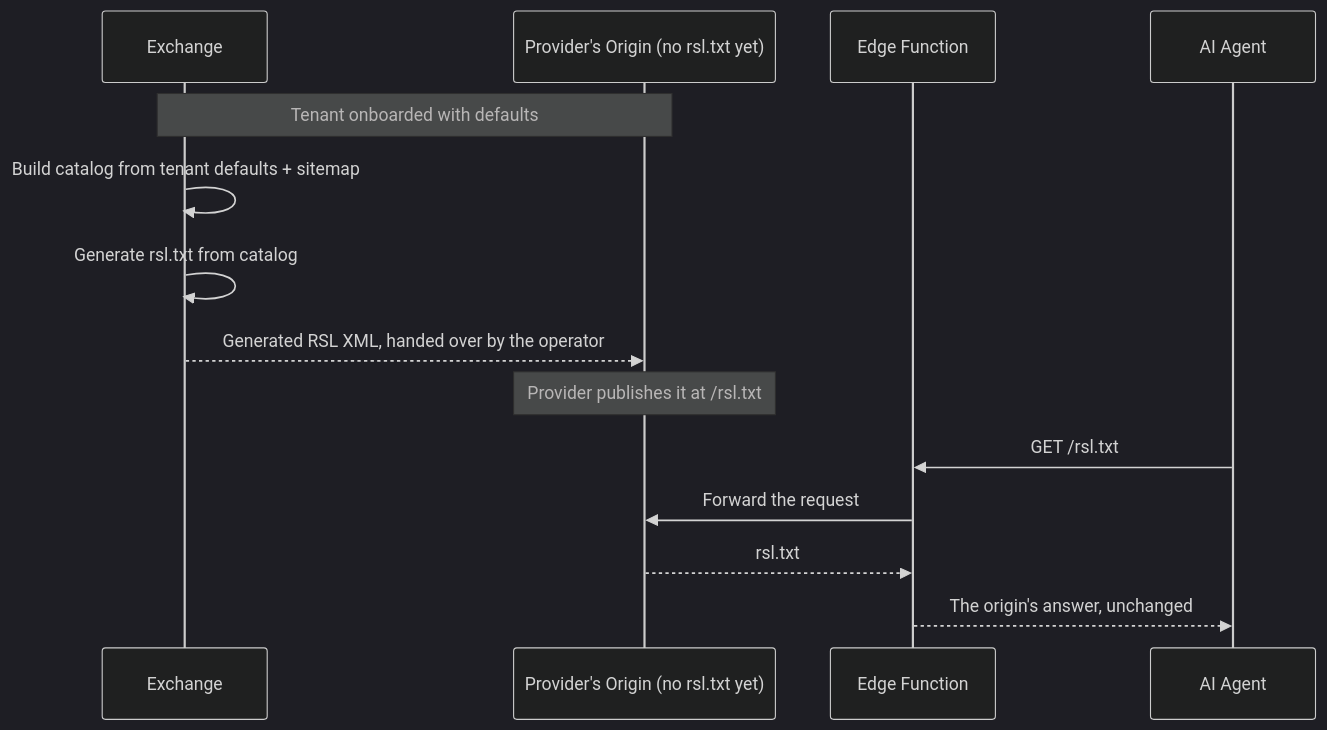
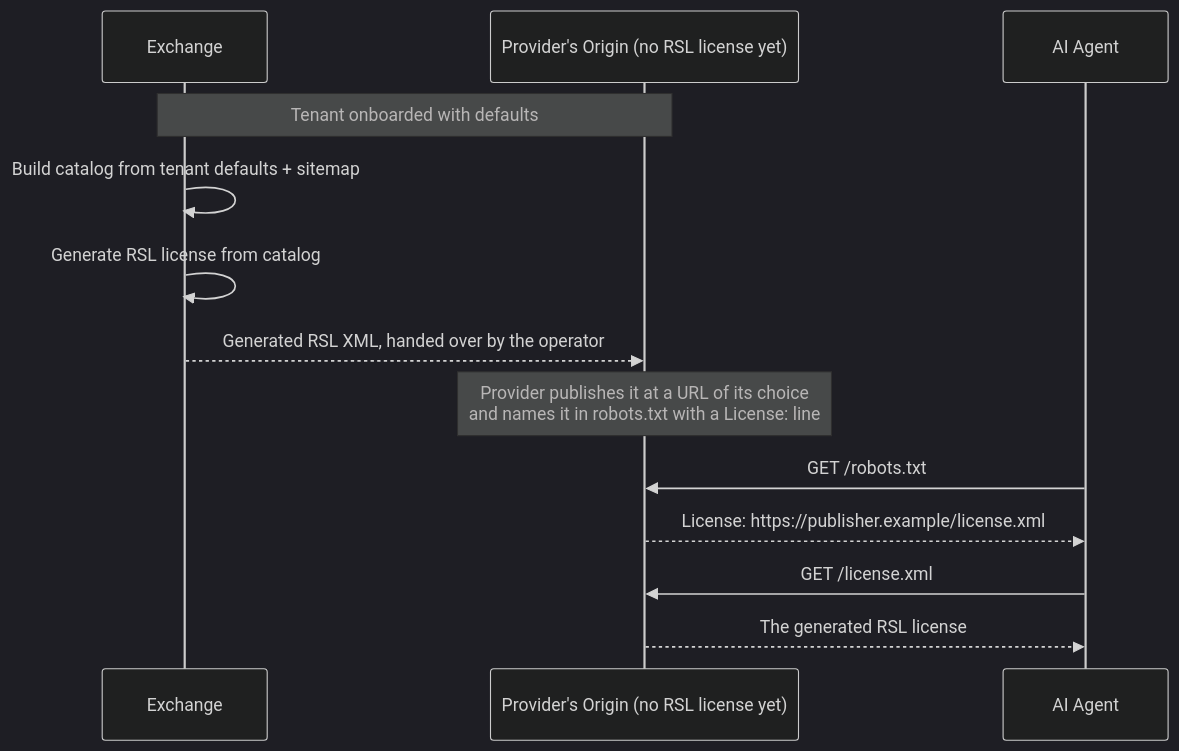
One commit to FORA-Protocol/protocol changed the first of 2 diagrams in website/src/content/docs/components/content-ingestion/rsl-generation.mdx. Above: the diagram before and after it, drawn with Mermaid (dark theme). The commit also changed other lines of this file and 9 other files, not shown here.

Commit message:
Name the RSL license, not a fixed file, on the architecture and component pages

````diff
--- a/website/src/content/docs/components/content-ingestion/rsl-generation.mdx
+++ b/website/src/content/docs/components/content-ingestion/rsl-generation.mdx
@@ -10,20 +10,19 @@
 ```mermaid
 sequenceDiagram
     participant MP as Exchange
-    participant PUB as Provider's Origin (no rsl.txt yet)
-    participant EDGE as Edge Function
+    participant PUB as Provider's Origin (no RSL license yet)
     participant AGENT as AI Agent
 
     Note over PUB,MP: Tenant onboarded with defaults
 
     MP->>MP: Build catalog from tenant defaults + sitemap
-    MP->>MP: Generate rsl.txt from catalog
+    MP->>MP: Generate RSL license from catalog
 
     MP-->>PUB: Generated RSL XML, handed over by the operator
-    Note over PUB: Provider publishes it at /rsl.txt
+    Note over PUB: Provider publishes it at a URL of its choice<br/>and names it in robots.txt with a License: line
 
-    AGENT->>EDGE: GET /rsl.txt
-    EDGE->>PUB: Forward the request
-    PUB-->>EDGE: rsl.txt
-    EDGE-->>AGENT: The origin's answer, unchanged
+    AGENT->>PUB: GET /robots.txt
+    PUB-->>AGENT: License: https://publisher.example/license.xml
+    AGENT->>PUB: GET /license.xml
+    PUB-->>AGENT: The generated RSL license
 ```
````
